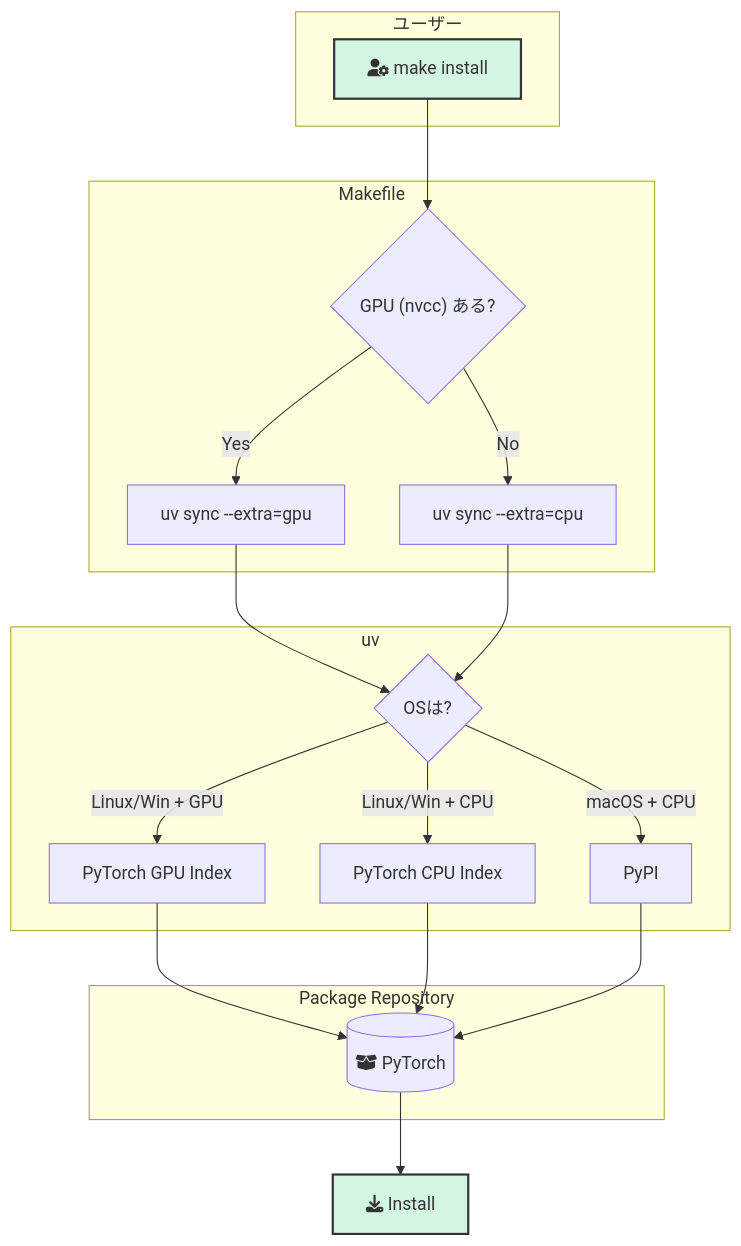
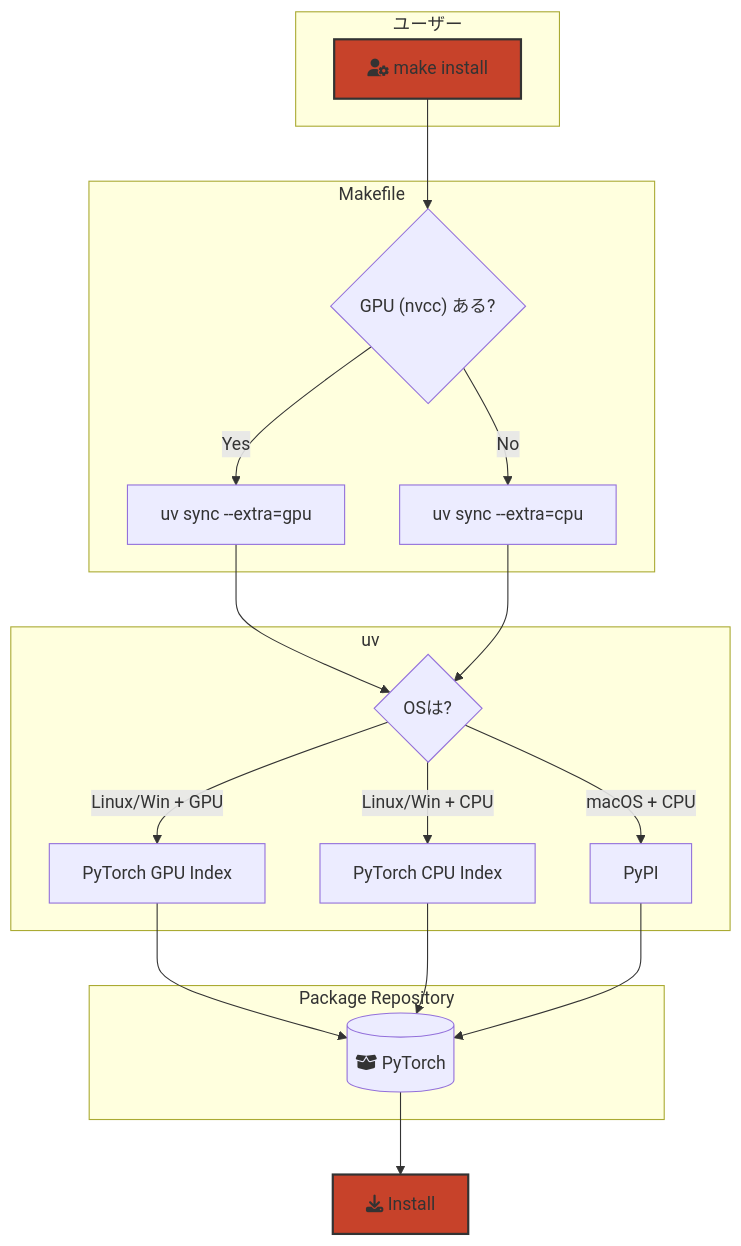
One commit to haru-256/tech-blog changed the diagram in articles/uvでPyTorchの環境構築を楽にする - OSやGPUの違いを吸収する統一的な方法.md. Above: the diagram before and after it, drawn with Mermaid.

Commit message:
ディレクトリ構成の更新

````diff
--- a/articles/uvでPyTorchの環境構築を楽にする - OSやGPUの違いを吸収する統一的な方法.md
+++ b/articles/uvでPyTorchの環境構築を楽にする - OSやGPUの違いを吸収する統一的な方法.md
@@ -53,31 +53,31 @@
 ```mermaid
 graph TD
     subgraph "ユーザー"
         A[fa:fa-user-cog make install]
     end
 
     subgraph "Makefile"
         A --> B{"GPU (nvcc) ある?"};
         B -- Yes --> C[uv sync --extra=gpu];
         B -- No --> D[uv sync --extra=cpu];
     end
 
     subgraph "uv"
         C --> E{"OSは?"};
         D --> E;
         E -- "Linux/Win + GPU" --> F[PyTorch GPU Index];
         E -- "Linux/Win + CPU" --> G[PyTorch CPU Index];
         E -- "macOS + CPU" --> H[PyPI];
     end
 
     subgraph "Package Repository"
         F --> I[(fa:fa-box-open PyTorch)];
         G --> I;
         H --> I;
     end
 
     I --> J[fa:fa-download Install];
 
-    style A fill:#D5F5E3,stroke:#333,stroke-width:2px
-    style J fill:#D5F5E3,stroke:#333,stroke-width:2px
+    style A fill:#C7422A,stroke:#333,stroke-width:2px
+    style J fill:#C7422A,stroke:#333,stroke-width:2px
 ```
````
